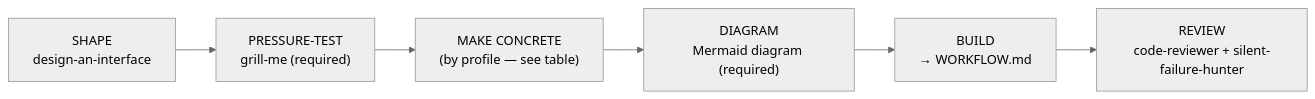
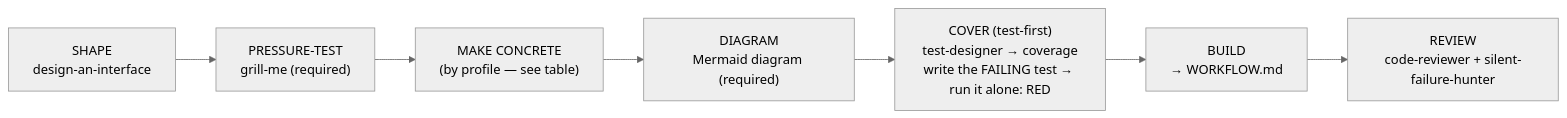
One commit to HenriGeorge/AutoCue changed the first of 3 diagrams in docs/DESIGN-WORKFLOW.md. Above: the diagram before and after it, drawn with Mermaid (neutral theme). The commit also changed other lines of this file and 45 other files, not shown here.

````diff
--- a/docs/DESIGN-WORKFLOW.md
+++ b/docs/DESIGN-WORKFLOW.md
@@ -14,8 +19,9 @@
 ```mermaid
 flowchart LR
     S["SHAPE<br/>design-an-interface"] --> G["PRESSURE-TEST<br/>grill-me (required)"]
     G --> M["MAKE CONCRETE<br/>(by profile — see table)"]
     M --> D["DIAGRAM<br/>Mermaid diagram (required)"]
-    D --> B["BUILD<br/>→ WORKFLOW.md"]
+    D --> C["COVER (test-first)<br/>test-designer → coverage<br/>write the FAILING test → run it alone: RED"]
+    C --> B["BUILD<br/>→ WORKFLOW.md"]
     B --> R["REVIEW<br/>code-reviewer + silent-failure-hunter"]
 ```
````
